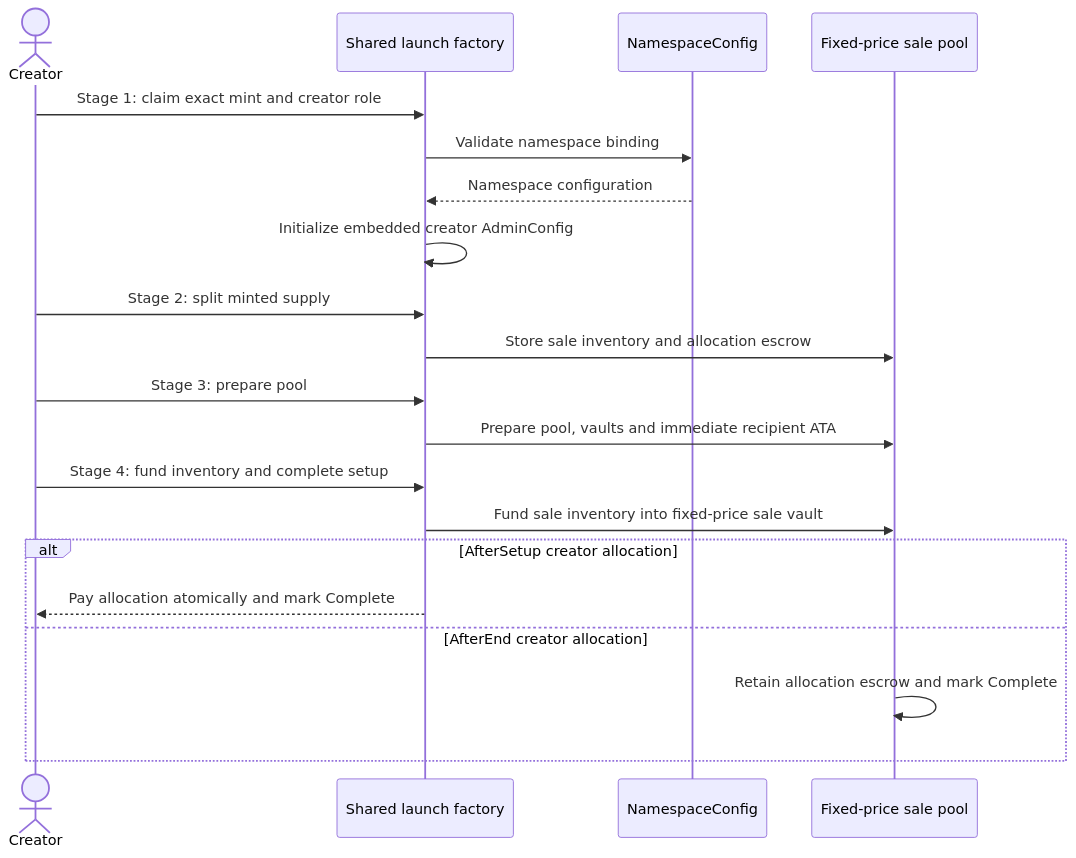
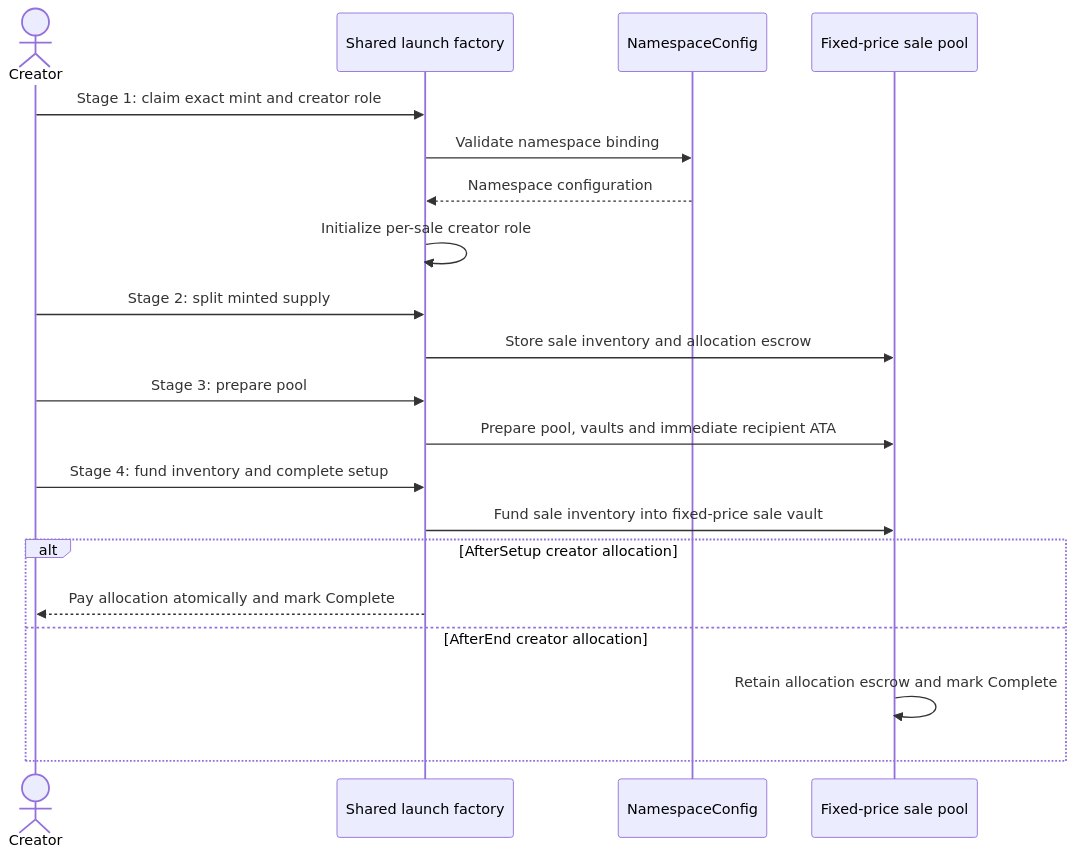
Before and after one commit to bleu/logos-launchpad: the diagram in docs/architecture/sequence-diagrams/create-lbp-pool.md, drawn with Mermaid. The commit also changed other lines of this file and 102 other files, not shown here.

Commit message:
feat(launchpad): migrate existing flows to LEZ v0.4 actors

````diff
--- a/docs/architecture/sequence-diagrams/create-lbp-pool.md
+++ b/docs/architecture/sequence-diagrams/create-lbp-pool.md
@@ -12,23 +12,23 @@
 ```mermaid
 sequenceDiagram
     actor Creator
     participant Factory as Shared launch factory
     participant Namespace as NamespaceConfig
     participant Pool as Fixed-price sale pool
 
     Creator->>Factory: Stage 1: claim exact mint and creator role
     Factory->>Namespace: Validate namespace binding
     Namespace-->>Factory: Namespace configuration
-    Factory->>Factory: Initialize embedded creator AdminConfig
+    Factory->>Factory: Initialize per-sale creator role
     Creator->>Factory: Stage 2: split minted supply
     Factory->>Pool: Store sale inventory and allocation escrow
     Creator->>Factory: Stage 3: prepare pool
     Factory->>Pool: Prepare pool, vaults and immediate recipient ATA
     Creator->>Factory: Stage 4: fund inventory and complete setup
     Factory->>Pool: Fund sale inventory into fixed-price sale vault
     alt AfterSetup creator allocation
         Factory-->>Creator: Pay allocation atomically and mark Complete
     else AfterEnd creator allocation
         Pool->>Pool: Retain allocation escrow and mark Complete
     end
 ```
````
